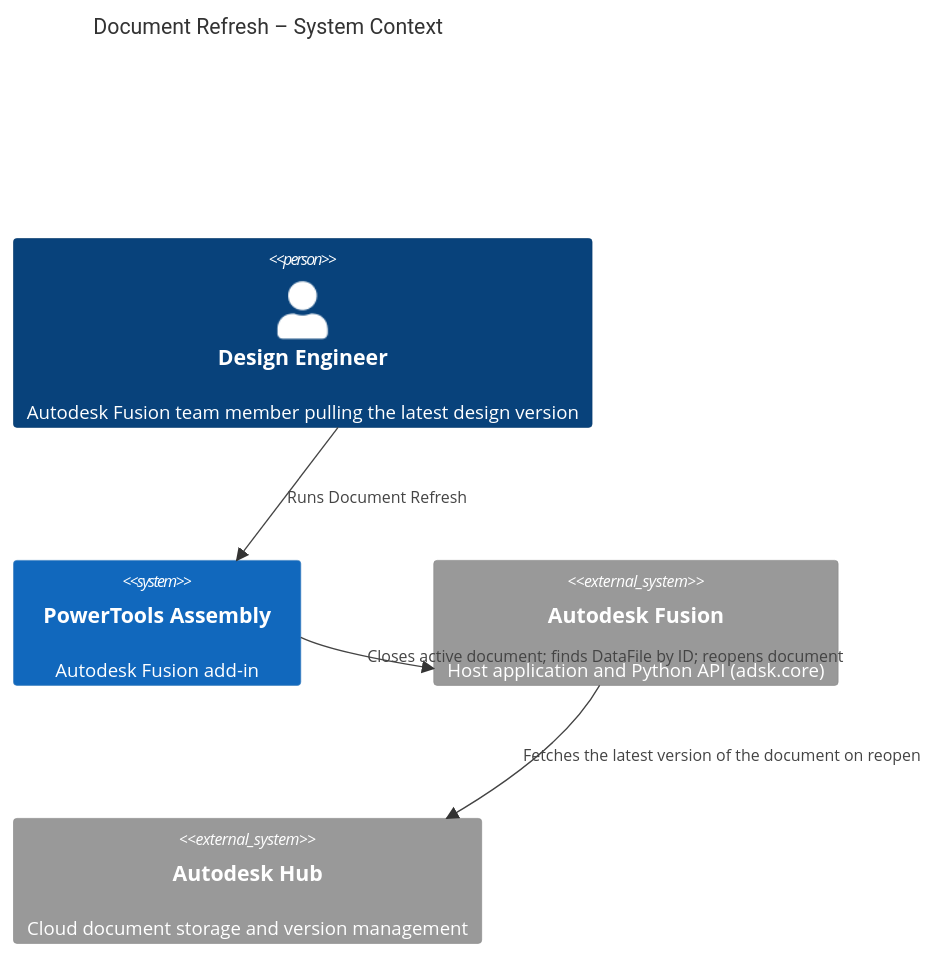
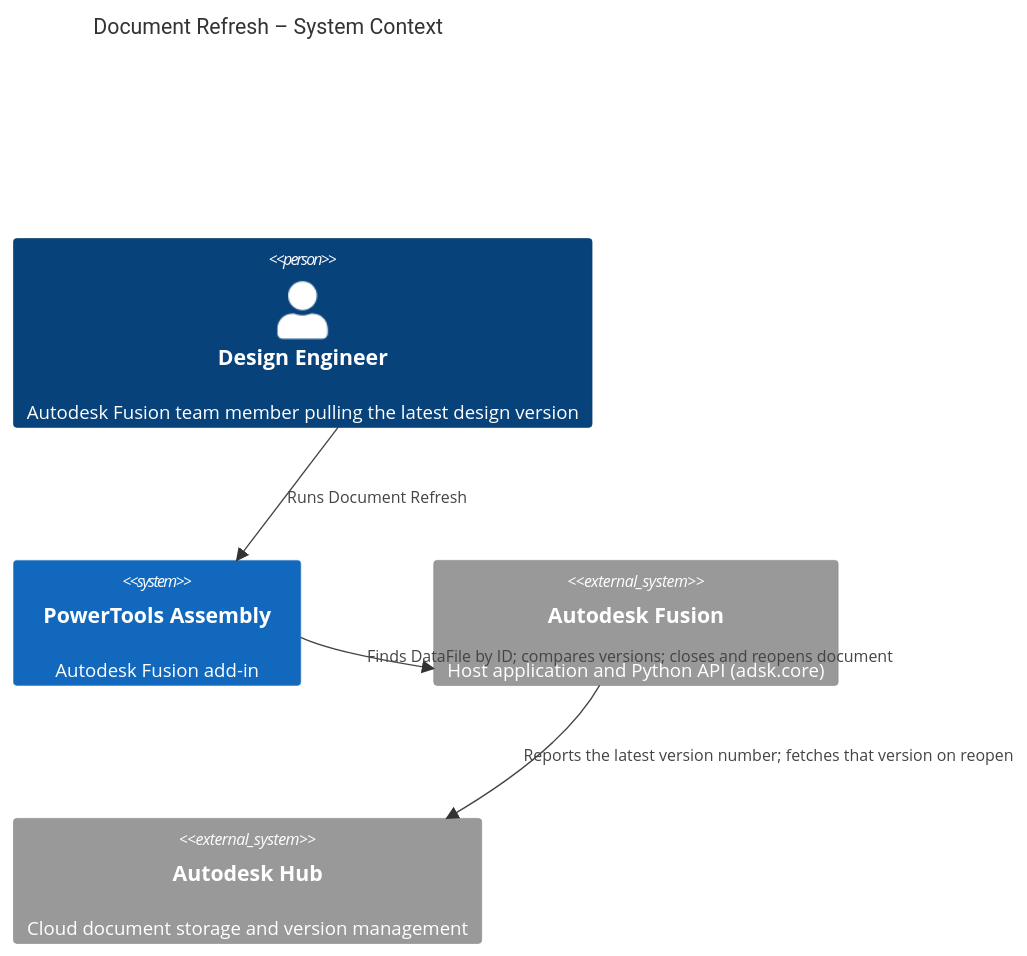
The first of 3 diagrams in docs/arch/Document Refresh.md (schneik80/PowerTools), drawn with Mermaid before and after one commit. The commit also changed other lines of this file and 4 other files, not shown here.

First line of the commit message:
Refresh: check the Hub version before closing the document

````diff
--- a/docs/arch/Document Refresh.md
+++ b/docs/arch/Document Refresh.md
@@ -8,13 +8,13 @@
 ```mermaid
 C4Context
   title Document Refresh – System Context
 
   Person(user, "Design Engineer", "Autodesk Fusion team member pulling the latest design version")
   System(addin, "PowerTools Assembly", "Autodesk Fusion add-in")
   System_Ext(fusion, "Autodesk Fusion", "Host application and Python API (adsk.core)")
   System_Ext(hub, "Autodesk Hub", "Cloud document storage and version management")
 
   Rel(user, addin, "Runs Document Refresh")
-  Rel(addin, fusion, "Closes active document; finds DataFile by ID; reopens document")
-  Rel(fusion, hub, "Fetches the latest version of the document on reopen")
+  Rel(addin, fusion, "Finds DataFile by ID; compares versions; closes and reopens document")
+  Rel(fusion, hub, "Reports the latest version number; fetches that version on reopen")
 ```
````
